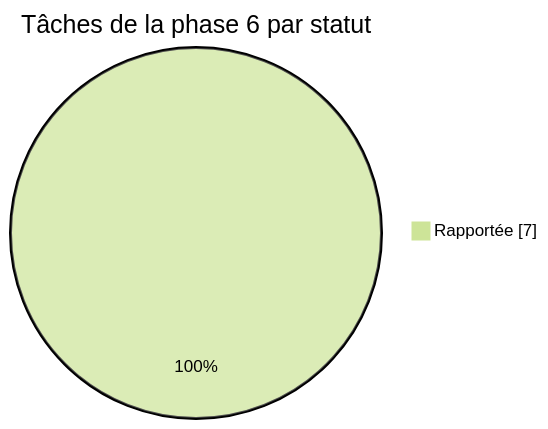
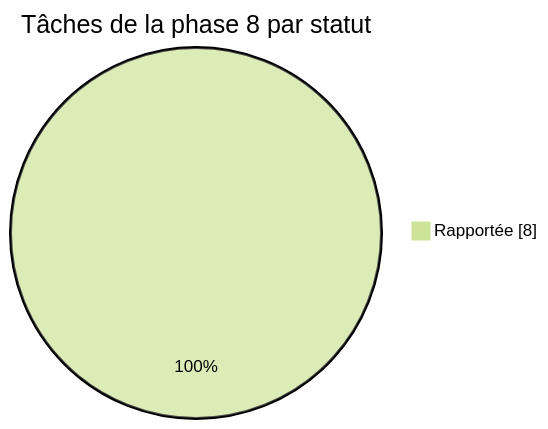
The third of 5 diagrams in docs/reports/TABLEAU-DE-BORD.md (lyon32/lyonpanel), drawn with Mermaid (forest theme) before and after one commit. The commit also changed other lines of this file and 238 other files, not shown here.

````diff
--- a/docs/reports/TABLEAU-DE-BORD.md
+++ b/docs/reports/TABLEAU-DE-BORD.md
@@ -80,5 +81,5 @@
 ```mermaid
 pie showData
-  title Tâches de la phase 6 par statut
-  "Rapportée" : 7
+  title Tâches de la phase 8 par statut
+  "Rapportée" : 8
 ```
````
